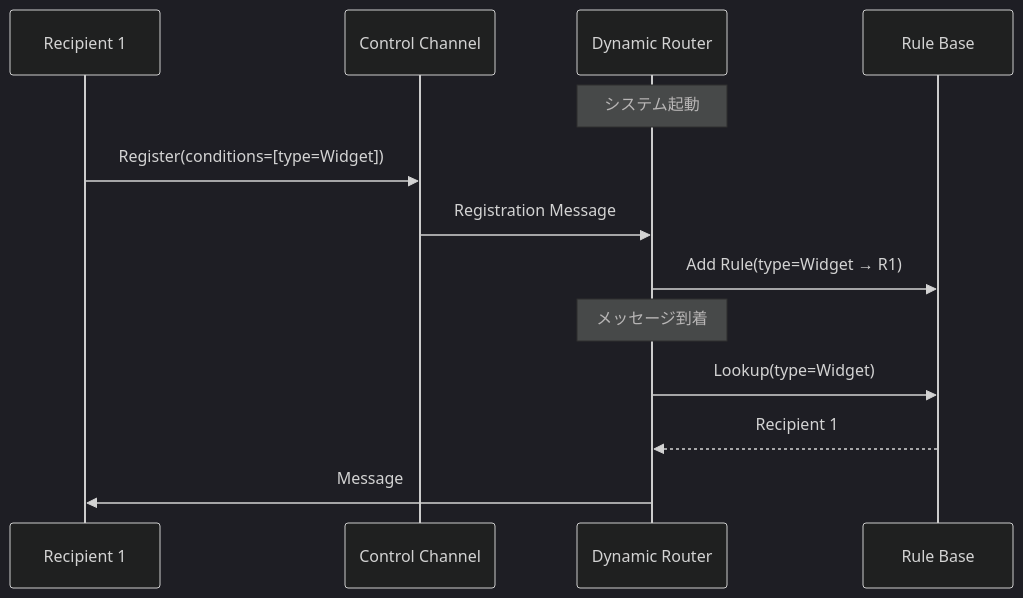
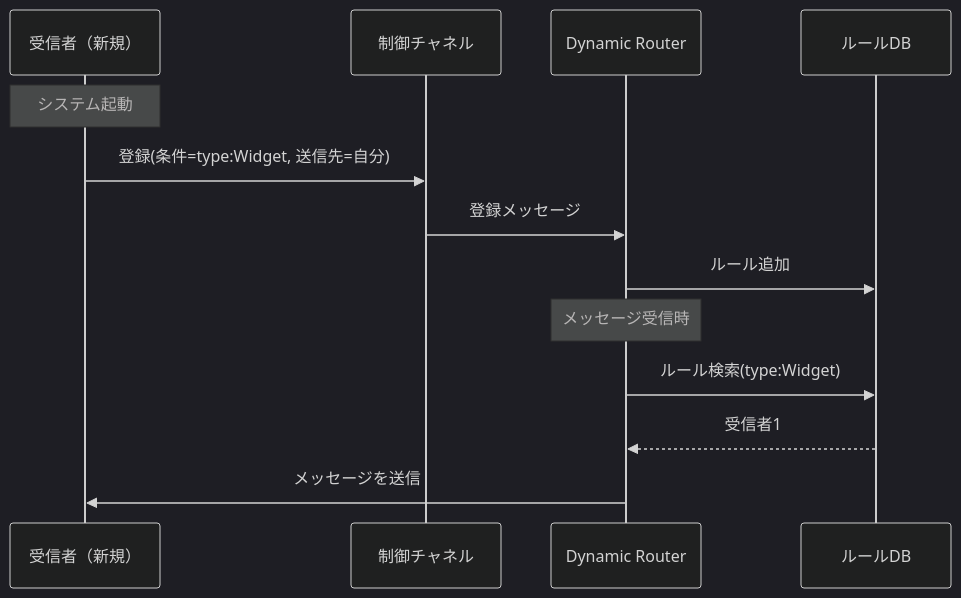
The fourth of 4 diagrams in content/programming/reactive_messaging_pattern/simple-routers/dynamic_router.md (tomoikey/quartz), drawn with Mermaid (dark theme) before and after one commit. The commit also changed other lines of this file and 18 other files, not shown here.

````diff
--- a/content/programming/reactive_messaging_pattern/simple-routers/dynamic_router.md
+++ b/content/programming/reactive_messaging_pattern/simple-routers/dynamic_router.md
@@ -61,17 +107,17 @@
 ```mermaid
 sequenceDiagram
-    participant R1 as Recipient 1
-    participant CC as Control Channel
+    participant R1 as 受信者（新規）
+    participant CC as 制御チャネル
     participant DR as Dynamic Router
-    participant RB as Rule Base
+    participant RB as ルールDB
 
-    Note over DR: システム起動
-    R1->>CC: Register(conditions=[type=Widget])
-    CC->>DR: Registration Message
-    DR->>RB: Add Rule(type=Widget → R1)
+    Note over R1: システム起動
+    R1->>CC: 登録(条件=type:Widget, 送信先=自分)
+    CC->>DR: 登録メッセージ
+    DR->>RB: ルール追加
 
-    Note over DR: メッセージ到着
-    DR->>RB: Lookup(type=Widget)
-    RB-->>DR: Recipient 1
-    DR->>R1: Message
+    Note over DR: メッセージ受信時
+    DR->>RB: ルール検索(type:Widget)
+    RB-->>DR: 受信者1
+    DR->>R1: メッセージを送信
 ```
````
